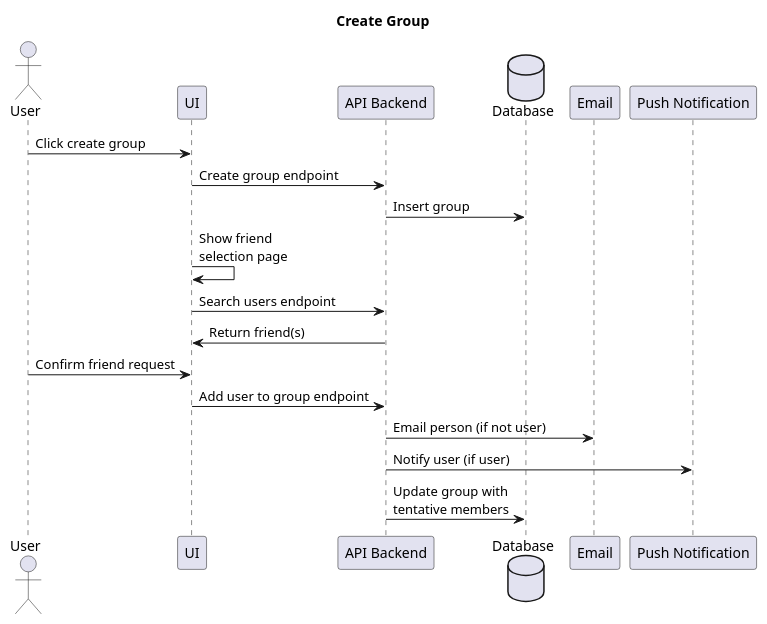
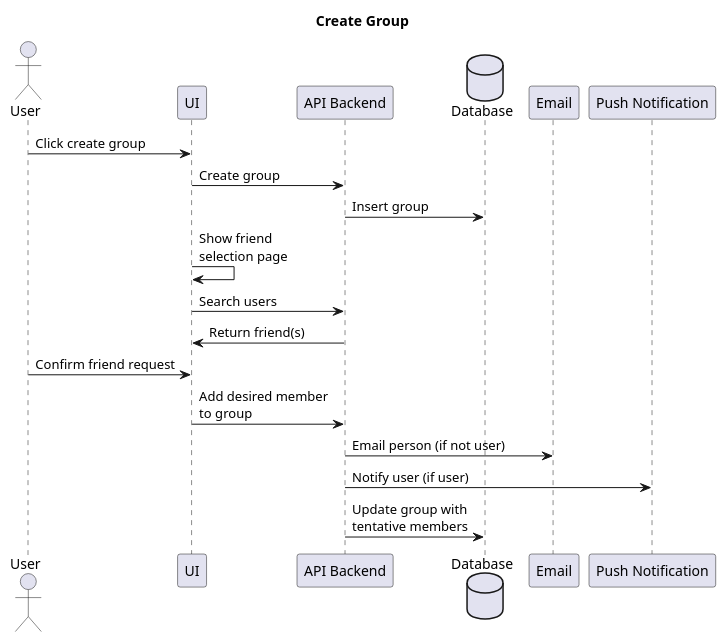
One commit to adhurjaty/prediction-app changed the diagram in Diagrams/UserStories/create_group.puml. Above: the diagram before and after it, drawn with PlantUML. The commit also changed 6 other files, not shown here.

```diff
--- a/Diagrams/UserStories/create_group.puml
+++ b/Diagrams/UserStories/create_group.puml
@@ -1,24 +1,24 @@
 @startuml Create Group
 
 title Create Group
 
 actor User as user
 participant UI as ui
 participant "API Backend" as api
 database Database as db
 participant Email as email
 participant "Push Notification" as pn
 
 user -> ui : Click create group
-ui -> api : Create group endpoint
+ui -> api : Create group
 api -> db : Insert group
 ui -> ui : Show friend \nselection page 
-ui -> api : Search users endpoint
+ui -> api : Search users
 api -> ui : Return friend(s)
 user -> ui : Confirm friend request
-ui -> api : Add user to group endpoint
+ui -> api : Add desired member\nto group
 api -> email : Email person (if not user)
 api -> pn : Notify user (if user)
 api -> db : Update group with\ntentative members
 
 @enduml
```
